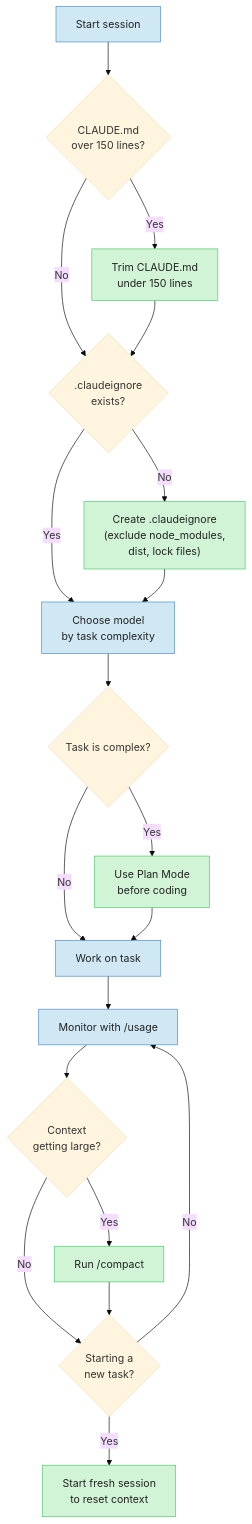
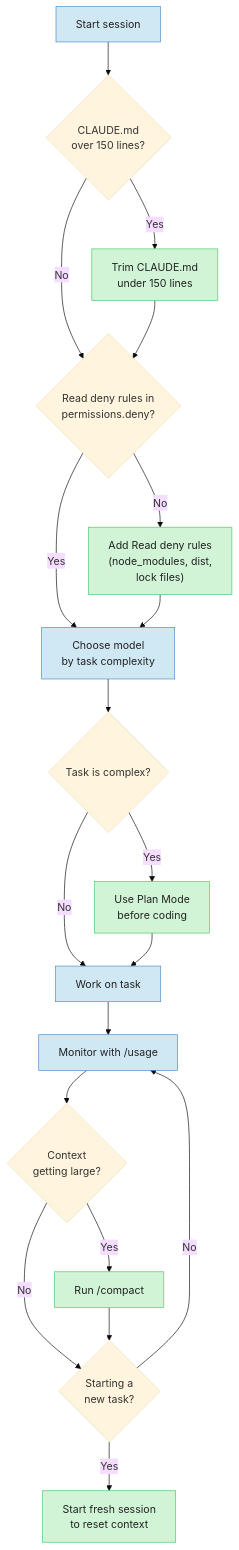
One commit to Sagargupta16/claude-cost-optimizer changed the third of 5 diagrams in guides/diagrams.md. Above: the diagram before and after it, drawn with Mermaid (base theme). The commit also changed other lines of this file and 79 other files, not shown here.

````diff
--- a/guides/diagrams.md
+++ b/guides/diagrams.md
@@ -126,28 +128,28 @@
 ```mermaid
 flowchart TD
     A[Start session] --> B{"CLAUDE.md<br/>over 150 lines?"}
     B -- Yes --> C["Trim CLAUDE.md<br/>under 150 lines"]
     B -- No --> D
-    C --> D{".claudeignore<br/>exists?"}
-    D -- No --> E["Create .claudeignore<br/>(exclude node_modules,<br/>dist, lock files)"]
+    C --> D{"Read deny rules in<br/>permissions.deny?"}
+    D -- No --> E["Add Read deny rules<br/>(node_modules, dist,<br/>lock files)"]
     D -- Yes --> F
     E --> F["Choose model<br/>by task complexity"]
     F --> G{"Task is complex?"}
     G -- Yes --> H["Use Plan Mode<br/>before coding"]
     G -- No --> I
     H --> I["Work on task"]
     I --> J["Monitor with /usage"]
     J --> K{"Context<br/>getting large?"}
     K -- Yes --> L["Run /compact"]
     K -- No --> M
     L --> M{"Starting a<br/>new task?"}
     M -- Yes --> N["Start fresh session<br/>to reset context"]
     M -- No --> J
 
     classDef action fill:#d0f4d5,stroke:#4ac96a,color:#222
     classDef warn fill:#f4ead0,stroke:#c9a84a,color:#222
     classDef check fill:#d0e8f4,stroke:#4a8ac9,color:#222
 
     class A,F,I,J check
     class C,E,H,L,N action
 ```
````
